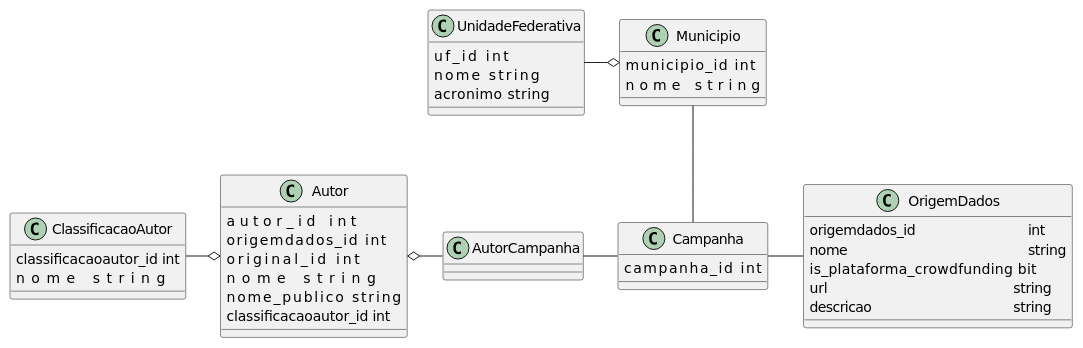
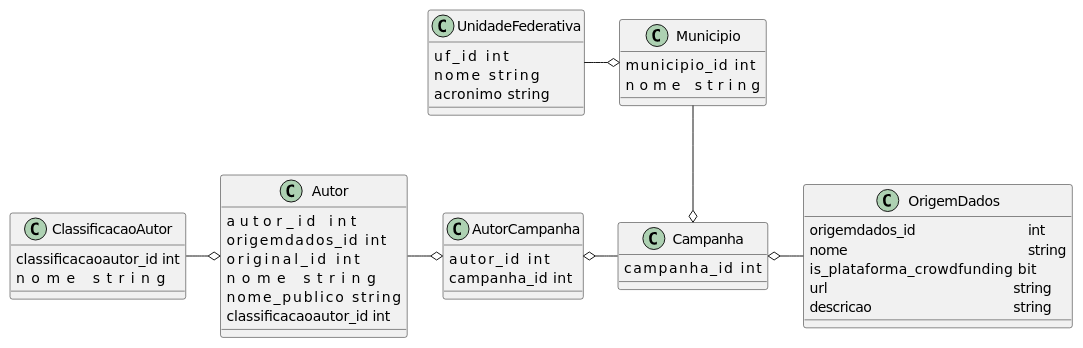
Before and after one commit to silva-erick/profico-hq: the diagram in bin/bancodados/modelo/01-modelo.plantuml, drawn with PlantUML. The commit also changed 3834 other files, not shown here.

```diff
--- a/bin/bancodados/modelo/01-modelo.plantuml
+++ b/bin/bancodados/modelo/01-modelo.plantuml
@@ -1,51 +1,54 @@
 @startuml 01-modelo
 
 class OrigemDados {
 	origemdados_id				    int
 	nome						    string
     is_plataforma_crowdfunding      bit
 	url						        string
 	descricao				        string  
 }
 
 class UnidadeFederativa {
     uf_id       int
     nome        string
     acronimo    string
 }
 
 class Municipio {
     municipio_id        int
     nome                string
 }
 
 class ClassificacaoAutor {
     classificacaoautor_id   int
     nome                    string
 }
 
 class Autor {
     autor_id                int
     origemdados_id          int
     original_id             int
     nome                    string
     nome_publico            string
     classificacaoautor_id   int
 }
 
 class Campanha {
     campanha_id         int
 }
 
-class AutorCampanha
+class AutorCampanha {
+    autor_id        int
+    campanha_id     int
+}
 
 UnidadeFederativa -o Municipio
-Municipio -- Campanha
+Municipio --o Campanha
 
 ClassificacaoAutor -o Autor
-Autor o- AutorCampanha
-AutorCampanha - Campanha
-Campanha - OrigemDados
+Autor -o AutorCampanha
+AutorCampanha o- Campanha
+Campanha o- OrigemDados
 
 
 @enduml
```
